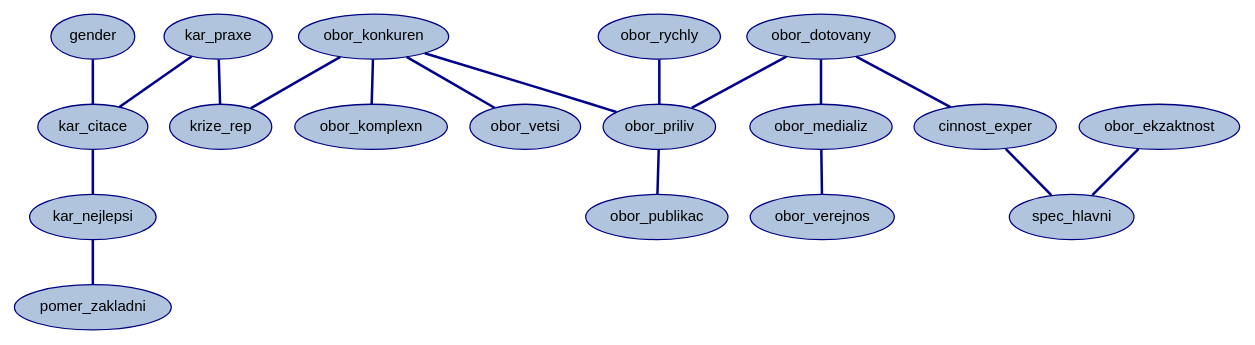
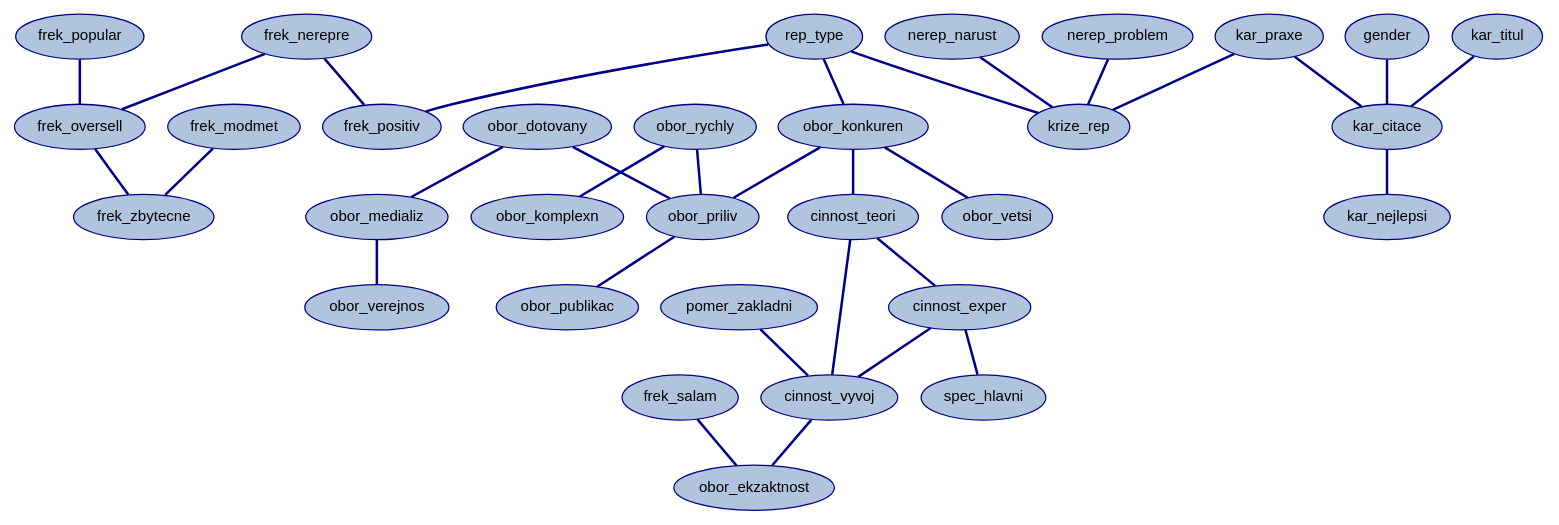
Before and after one commit to cyberklezmer/nature_replication: the diagram in data_and_R_src/network.dot, drawn with Graphviz. The commit also changed 99 other files, not shown here.

```diff
--- a/data_and_R_src/network.dot
+++ b/data_and_R_src/network.dot
@@ -1,44 +1,71 @@
 digraph BN {
   graph [layout="dot", rankdir="TB", bgcolor="white"];
   node [shape="ellipse", style="filled", fillcolor="lightsteelblue", 
         color="navy", fontcolor="black", fontname="Arial", fontsize="12"];
   
+  "rep_type" [label="rep_type"];
+  "nerep_narust" [label="nerep_narust"];
+  "nerep_problem" [label="nerep_problem"];
+  "frek_nerepre" [label="frek_nerepre"];
+  "frek_positiv" [label="frek_positiv"];
+  "frek_popular" [label="frek_popular"];
+  "frek_modmet" [label="frek_modmet"];
+  "frek_oversell" [label="frek_oversell"];
+  "frek_zbytecne" [label="frek_zbytecne"];
+  "frek_salam" [label="frek_salam"];
   "gender" [label="gender"];
   "kar_praxe" [label="kar_praxe"];
+  "kar_titul" [label="kar_titul"];
   "kar_citace" [label="kar_citace"];
   "kar_nejlepsi" [label="kar_nejlepsi"];
   "pomer_zakladni" [label="pomer_zakladni"];
   "obor_dotovany" [label="obor_dotovany"];
   "obor_konkuren" [label="obor_konkuren"];
   "obor_rychly" [label="obor_rychly"];
   "obor_priliv" [label="obor_priliv"];
   "obor_publikac" [label="obor_publikac"];
   "obor_medializ" [label="obor_medializ"];
   "obor_verejnos" [label="obor_verejnos"];
   "obor_komplexn" [label="obor_komplexn"];
   "obor_vetsi" [label="obor_vetsi"];
+  "cinnost_teori" [label="cinnost_teori"];
   "cinnost_exper" [label="cinnost_exper"];
+  "cinnost_vyvoj" [label="cinnost_vyvoj"];
   "obor_ekzaktnost" [label="obor_ekzaktnost"];
   "krize_rep" [label="krize_rep"];
   "spec_hlavni" [label="spec_hlavni"];
 
 
   // Undirected edges
+  "rep_type" -> "frek_positiv" [arrowhead="none", arrowtail="none", dir="none", color="darkblue", penwidth="2"];
+  "rep_type" -> "obor_konkuren" [arrowhead="none", arrowtail="none", dir="none", color="darkblue", penwidth="2"];
+  "rep_type" -> "krize_rep" [arrowhead="none", arrowtail="none", dir="none", color="darkblue", penwidth="2"];
+  "nerep_narust" -> "krize_rep" [arrowhead="none", arrowtail="none", dir="none", color="darkblue", penwidth="2"];
+  "nerep_problem" -> "krize_rep" [arrowhead="none", arrowtail="none", dir="none", color="darkblue", penwidth="2"];
+  "frek_nerepre" -> "frek_positiv" [arrowhead="none", arrowtail="none", dir="none", color="darkblue", penwidth="2"];
+  "frek_nerepre" -> "frek_oversell" [arrowhead="none", arrowtail="none", dir="none", color="darkblue", penwidth="2"];
+  "frek_popular" -> "frek_oversell" [arrowhead="none", arrowtail="none", dir="none", color="darkblue", penwidth="2"];
+  "frek_modmet" -> "frek_zbytecne" [arrowhead="none", arrowtail="none", dir="none", color="darkblue", penwidth="2"];
+  "frek_oversell" -> "frek_zbytecne" [arrowhead="none", arrowtail="none", dir="none", color="darkblue", penwidth="2"];
+  "frek_salam" -> "obor_ekzaktnost" [arrowhead="none", arrowtail="none", dir="none", color="darkblue", penwidth="2"];
   "gender" -> "kar_citace" [arrowhead="none", arrowtail="none", dir="none", color="darkblue", penwidth="2"];
   "kar_praxe" -> "kar_citace" [arrowhead="none", arrowtail="none", dir="none", color="darkblue", penwidth="2"];
   "kar_praxe" -> "krize_rep" [arrowhead="none", arrowtail="none", dir="none", color="darkblue", penwidth="2"];
+  "kar_titul" -> "kar_citace" [arrowhead="none", arrowtail="none", dir="none", color="darkblue", penwidth="2"];
   "kar_citace" -> "kar_nejlepsi" [arrowhead="none", arrowtail="none", dir="none", color="darkblue", penwidth="2"];
-  "kar_nejlepsi" -> "pomer_zakladni" [arrowhead="none", arrowtail="none", dir="none", color="darkblue", penwidth="2"];
+  "pomer_zakladni" -> "cinnost_vyvoj" [arrowhead="none", arrowtail="none", dir="none", color="darkblue", penwidth="2"];
   "obor_dotovany" -> "obor_priliv" [arrowhead="none", arrowtail="none", dir="none", color="darkblue", penwidth="2"];
   "obor_dotovany" -> "obor_medializ" [arrowhead="none", arrowtail="none", dir="none", color="darkblue", penwidth="2"];
-  "obor_dotovany" -> "cinnost_exper" [arrowhead="none", arrowtail="none", dir="none", color="darkblue", penwidth="2"];
   "obor_konkuren" -> "obor_priliv" [arrowhead="none", arrowtail="none", dir="none", color="darkblue", penwidth="2"];
-  "obor_konkuren" -> "obor_komplexn" [arrowhead="none", arrowtail="none", dir="none", color="darkblue", penwidth="2"];
   "obor_konkuren" -> "obor_vetsi" [arrowhead="none", arrowtail="none", dir="none", color="darkblue", penwidth="2"];
-  "obor_konkuren" -> "krize_rep" [arrowhead="none", arrowtail="none", dir="none", color="darkblue", penwidth="2"];
+  "obor_konkuren" -> "cinnost_teori" [arrowhead="none", arrowtail="none", dir="none", color="darkblue", penwidth="2"];
   "obor_rychly" -> "obor_priliv" [arrowhead="none", arrowtail="none", dir="none", color="darkblue", penwidth="2"];
+  "obor_rychly" -> "obor_komplexn" [arrowhead="none", arrowtail="none", dir="none", color="darkblue", penwidth="2"];
   "obor_priliv" -> "obor_publikac" [arrowhead="none", arrowtail="none", dir="none", color="darkblue", penwidth="2"];
   "obor_medializ" -> "obor_verejnos" [arrowhead="none", arrowtail="none", dir="none", color="darkblue", penwidth="2"];
+  "cinnost_teori" -> "cinnost_exper" [arrowhead="none", arrowtail="none", dir="none", color="darkblue", penwidth="2"];
+  "cinnost_teori" -> "cinnost_vyvoj" [arrowhead="none", arrowtail="none", dir="none", color="darkblue", penwidth="2"];
+  "cinnost_exper" -> "cinnost_vyvoj" [arrowhead="none", arrowtail="none", dir="none", color="darkblue", penwidth="2"];
   "cinnost_exper" -> "spec_hlavni" [arrowhead="none", arrowtail="none", dir="none", color="darkblue", penwidth="2"];
-  "obor_ekzaktnost" -> "spec_hlavni" [arrowhead="none", arrowtail="none", dir="none", color="darkblue", penwidth="2"];
+  "cinnost_vyvoj" -> "obor_ekzaktnost" [arrowhead="none", arrowtail="none", dir="none", color="darkblue", penwidth="2"];
 }
```
